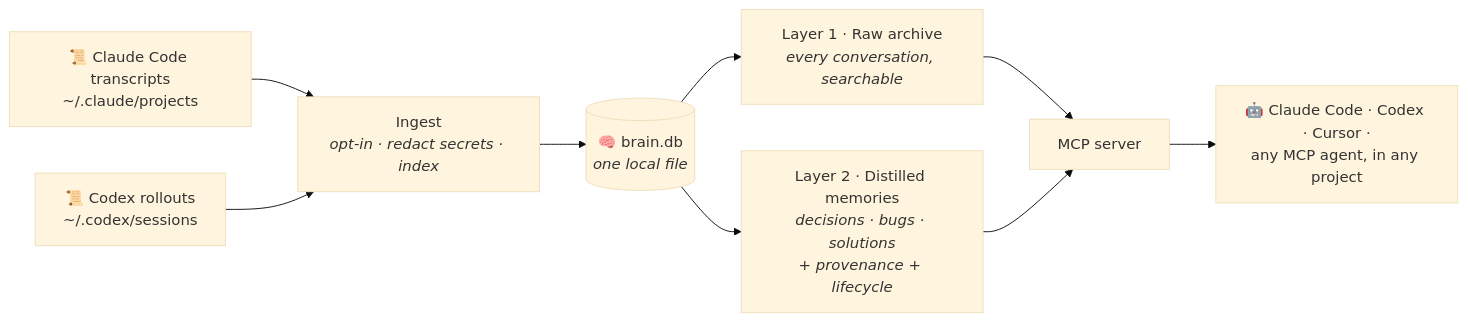
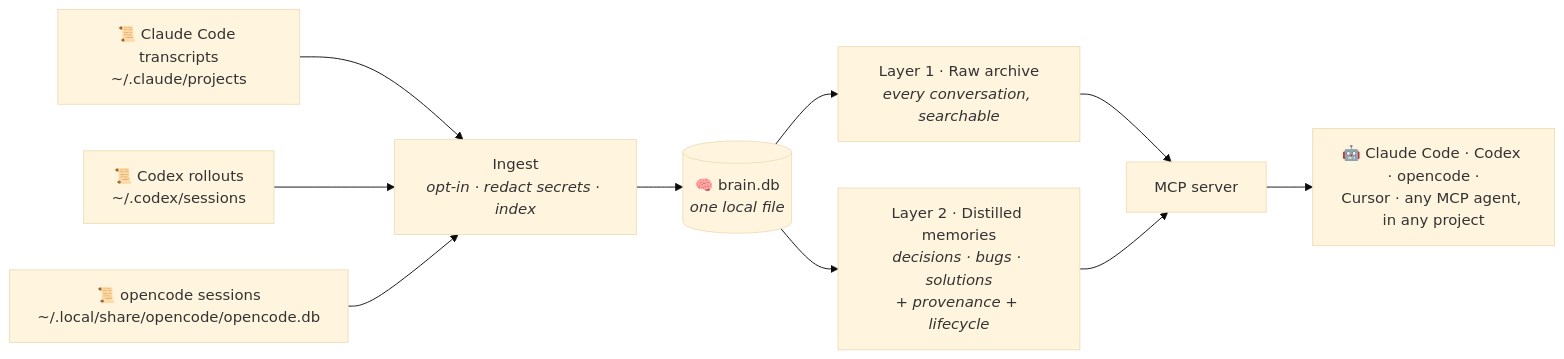
Before and after one commit to dasportillo/brain-rag: the diagram in README.md, drawn with Mermaid (base theme). The commit also changed other lines of this file and 17 other files, not shown here.

````diff
--- a/README.md
+++ b/README.md
@@ -192,11 +194,12 @@
 ```mermaid
 flowchart LR
     A["📜 Claude Code transcripts<br/>~/.claude/projects"] --> C
     B["📜 Codex rollouts<br/>~/.codex/sessions"] --> C
+    O["📜 opencode sessions<br/>~/.local/share/opencode/opencode.db"] --> C
     C["Ingest<br/><i>opt-in · redact secrets · index</i>"] --> D[("🧠 brain.db<br/><i>one local file</i>")]
     D --> E["Layer 1 · Raw archive<br/><i>every conversation, searchable</i>"]
     D --> F["Layer 2 · Distilled memories<br/><i>decisions · bugs · solutions<br/>+ provenance + lifecycle</i>"]
     E --> G["MCP server"]
     F --> G
-    G --> H["🤖 Claude Code · Codex · Cursor ·<br/>any MCP agent, in any project"]
+    G --> H["🤖 Claude Code · Codex · opencode ·<br/>Cursor · any MCP agent, in any project"]
 ```
````
